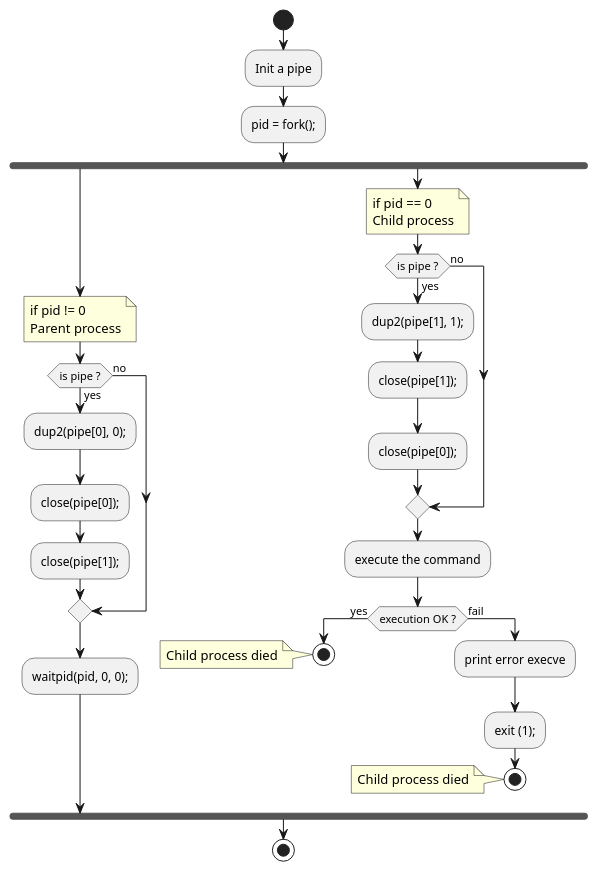
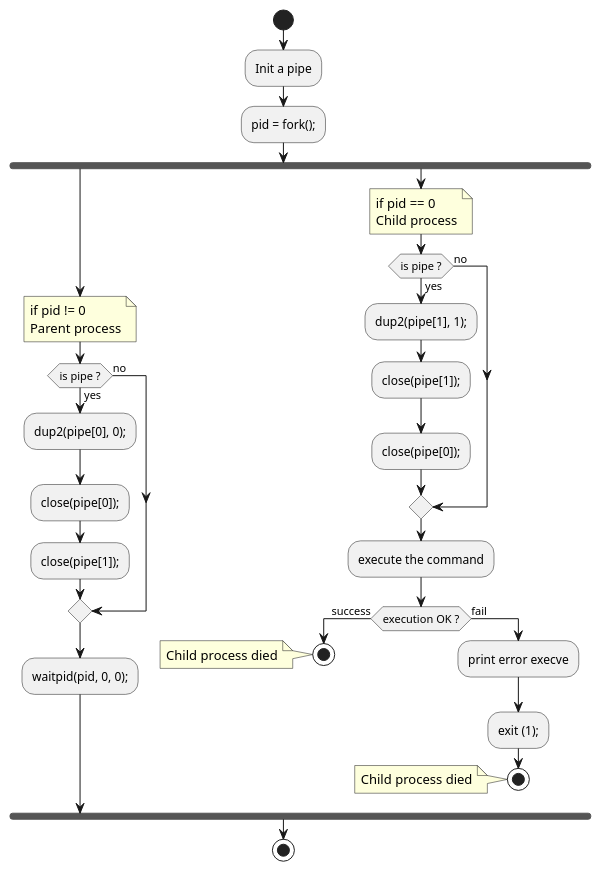
Before and after one commit to t-h2o/microshell: the fourth of 4 diagrams in assets/README.adoc, drawn with PlantUML. The commit also changed 2 other files, not shown here.

```diff
--- a/assets/README.adoc
+++ b/assets/README.adoc
@@ -82,52 +82,52 @@
 [plantuml, target=pipe, format=svg, width=100%]
 ....
 @startuml
 skinparam defaultFontName JetBrains Mono ExtraBold
 
 start
 
 :Init a pipe;
 :pid = fork();;
 fork
 note left
   if pid != 0
   Parent process
 end note
   if (is pipe ?) then (yes)
     :dup2(pipe[0], 0);;
     :close(pipe[0]);;
     :close(pipe[1]);;
   else (no)
   endif
   :waitpid(pid, 0, 0);;
 fork again
 note left
   if pid == 0
   Child process
 end note
   if (is pipe ?) then (yes)
     :dup2(pipe[1], 1);;
     :close(pipe[1]);;
     :close(pipe[0]);;
   else (no)
   endif
   :execute the command;
-  if (execution OK ?) then (yes)
+  if (execution OK ?) then (success)
     stop
     note left
       Child process died
     end note
   else (fail)
     :print error execve;
     :exit (1);;
     stop
     note left
       Child process died
     end note
   endif
 end fork
 
 stop
 
 @enduml
 ....
```
